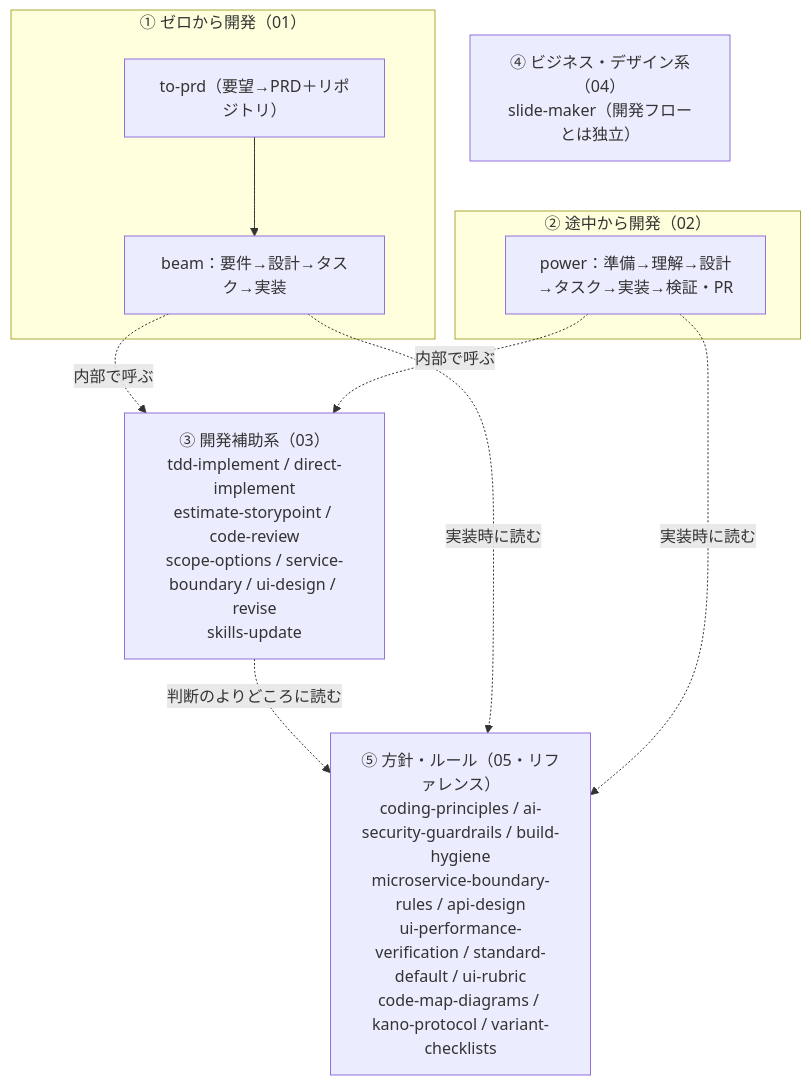
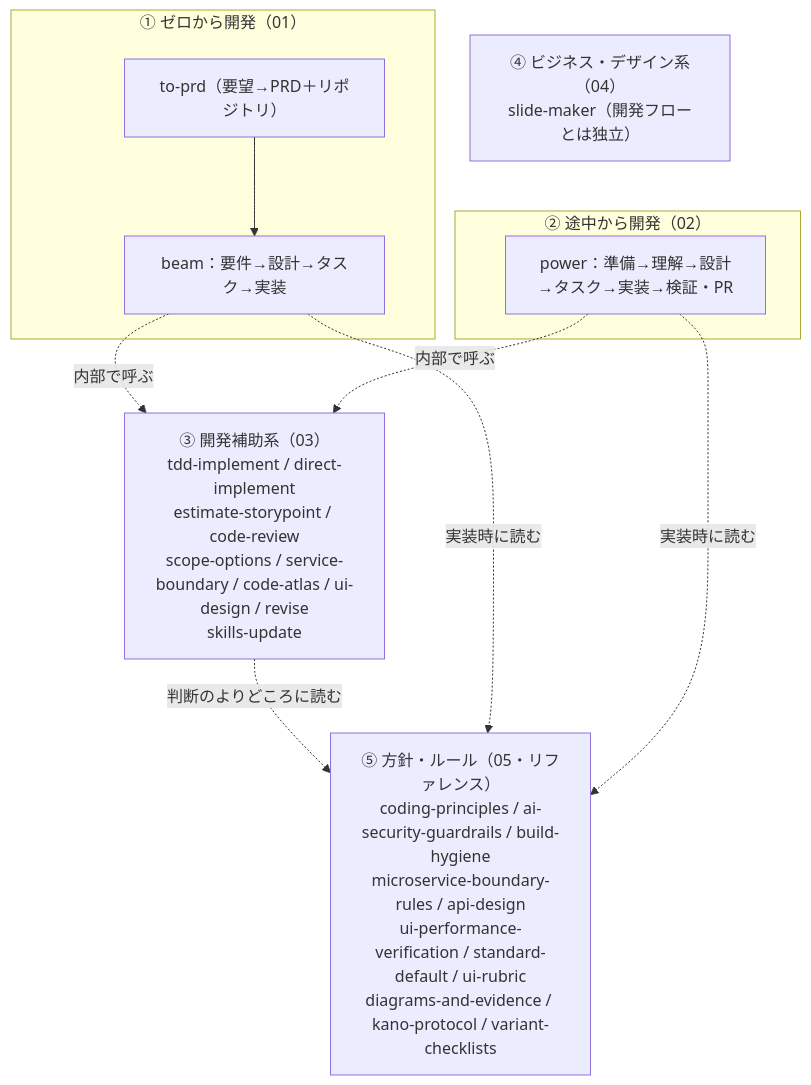
One commit to acs-sa-okamoto/claudecode-template-for-devcontainer changed the diagram in .claude/skills-catalog/00-index.md. Above: the diagram before and after it, drawn with Mermaid. The commit also changed other lines of this file and 51 other files, not shown here.

First line of the commit message:
feat(skills): コードの地図帳 code-atlas と仕様の片付け spec-archive を追加し、power を地図帳に切り替える

````diff
--- a/.claude/skills-catalog/00-index.md
+++ b/.claude/skills-catalog/00-index.md
@@ -30,20 +32,20 @@
 ```mermaid
 flowchart TD
     subgraph Z["① ゼロから開発（01）"]
         T["to-prd（要望→PRD＋リポジトリ）"] --> BM["beam：要件→設計→タスク→実装"]
     end
     subgraph M["② 途中から開発（02）"]
         PW["power：準備→理解→設計→タスク→実装→検証・PR"]
     end
 
-    AUX["③ 開発補助系（03）<br>tdd-implement / direct-implement<br>estimate-storypoint / code-review<br>scope-options / service-boundary / ui-design / revise<br>skills-update"]
-    REF["⑤ 方針・ルール（05・リファレンス）<br>coding-principles / ai-security-guardrails / build-hygiene<br>microservice-boundary-rules / api-design<br>ui-performance-verification / standard-default / ui-rubric<br>code-map-diagrams / kano-protocol / variant-checklists"]
+    AUX["③ 開発補助系（03）<br>tdd-implement / direct-implement<br>estimate-storypoint / code-review<br>scope-options / service-boundary / code-atlas / ui-design / revise<br>skills-update"]
+    REF["⑤ 方針・ルール（05・リファレンス）<br>coding-principles / ai-security-guardrails / build-hygiene<br>microservice-boundary-rules / api-design<br>ui-performance-verification / standard-default / ui-rubric<br>diagrams-and-evidence / kano-protocol / variant-checklists"]
 
     BM -. "内部で呼ぶ" .-> AUX
     PW -. "内部で呼ぶ" .-> AUX
     AUX -. "判断のよりどころに読む" .-> REF
     BM -. "実装時に読む" .-> REF
     PW -. "実装時に読む" .-> REF
 
     BIZ["④ ビジネス・デザイン系（04）<br>slide-maker（開発フローとは独立）"]
 ```
````
